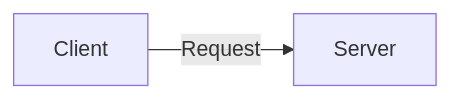
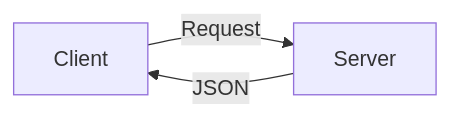
The diagram in README.md (Rubinskiy/Mobile-app-auth-server), drawn with Mermaid before and after one commit. The commit also changed other lines of this file, not shown here.

````diff
--- a/README.md
+++ b/README.md
@@ -7,4 +7,5 @@
 ```mermaid
 graph LR
     A[Client] -->|Request| B[Server]
+    B[Server] -->|JSON| A[Client]
 ```
````
